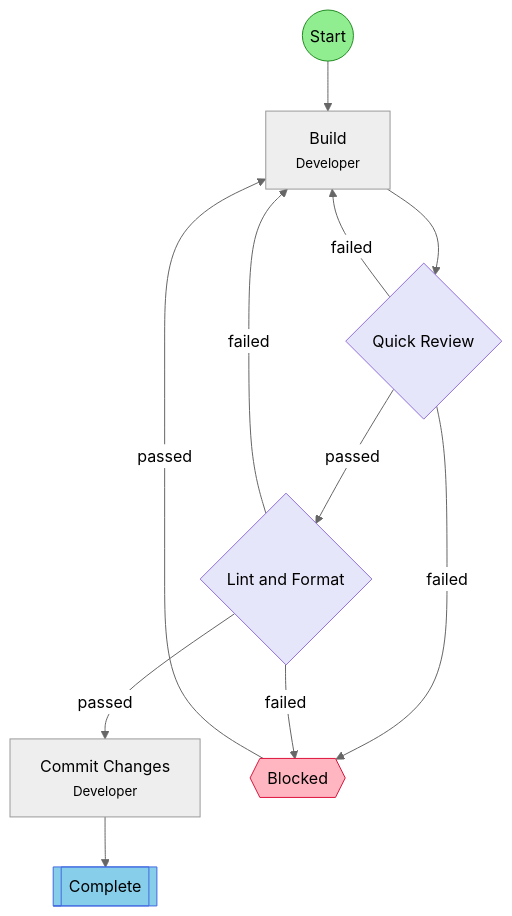
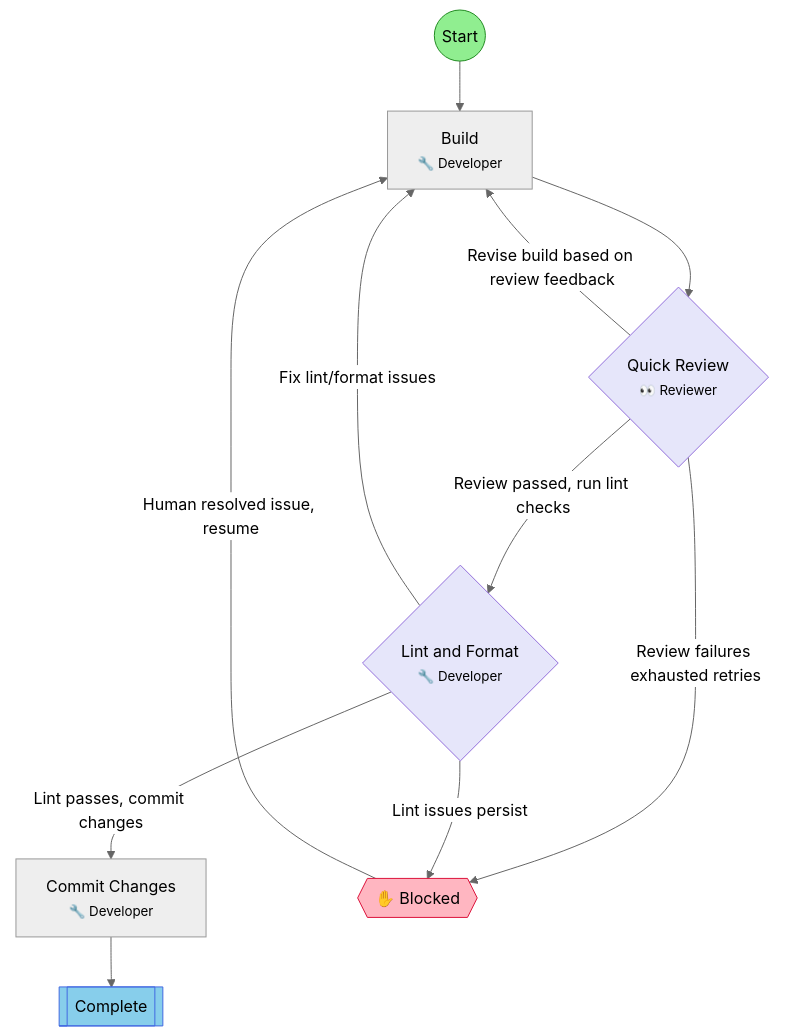
The diagram in .flow/diagrams/build-review-quick.md (leclabs/agent-toolkit), drawn with Mermaid (neutral theme) before and after one commit. The commit also changed other lines of this file and 34 other files, not shown here.

First line of the commit message:
feat: add emoji field to workflow schema and render in diagrams

````diff
--- a/.flow/diagrams/build-review-quick.md
+++ b/.flow/diagrams/build-review-quick.md
@@ -7,32 +7,32 @@
 ```mermaid
 flowchart TD
     start(("Start"))
-    build["Build<br/><small>Developer</small>"]
-    review{"Quick Review"}
-    lint_format{"Lint and Format"}
-    commit["Commit Changes<br/><small>Developer</small>"]
+    build["Build<br/><small>🔧 Developer</small>"]
+    review{"Quick Review<br/><small>👀 Reviewer</small>"}
+    lint_format{"Lint and Format<br/><small>🔧 Developer</small>"}
+    commit["Commit Changes<br/><small>🔧 Developer</small>"]
     end_success[["Complete"]]
-    hitl_blocked{{"Blocked"}}
+    hitl_blocked{{"✋ Blocked"}}
 
     start --> build
     build --> review
-    review -->|failed| build
-    review -->|failed| hitl_blocked
-    review -->|passed| lint_format
-    lint_format -->|passed| commit
-    lint_format -->|failed| build
-    lint_format -->|failed| hitl_blocked
+    review -->|Revise build based on review feedback| build
+    review -->|Review failures exhausted retries| hitl_blocked
+    review -->|Review passed, run lint checks| lint_format
+    lint_format -->|Lint passes, commit changes| commit
+    lint_format -->|Fix lint/format issues| build
+    lint_format -->|Lint issues persist| hitl_blocked
     commit --> end_success
-    hitl_blocked -->|passed| build
+    hitl_blocked -->|Human resolved issue, resume| build
 
     classDef startStep fill:#90EE90,stroke:#228B22
     classDef successStep fill:#87CEEB,stroke:#4169E1
     classDef hitlStep fill:#FFB6C1,stroke:#DC143C
     classDef gateStep fill:#E6E6FA,stroke:#9370DB
     classDef forkJoinStep fill:#FFEAA7,stroke:#FDCB6E
     classDef currentStep fill:#FFD700,stroke:#FF8C00,stroke-width:3px
     class start startStep
     class end_success successStep
     class hitl_blocked hitlStep
     class review,lint_format gateStep
 ```
````
